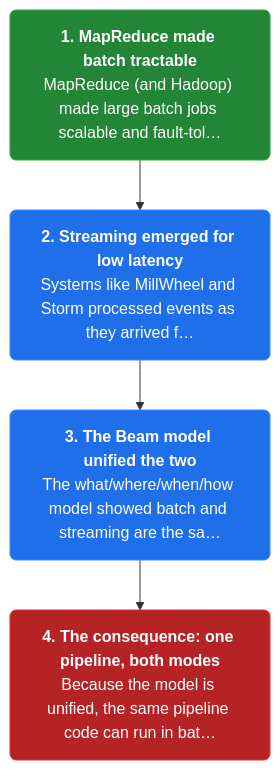
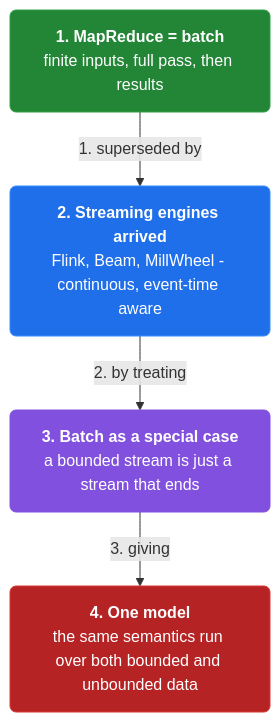
The first of 19 diagrams in docs/ch10-the-evolution-of-large-scale-data-processing.md (vinayakuber/streaming-systems-study-guide), drawn with Mermaid before and after one commit. The commit also changed other lines of this file and 12 other files, not shown here.

First line of the commit message:
Author per-section and per-card mermaid diagrams (110 diagrams)

````diff
--- a/docs/ch10-the-evolution-of-large-scale-data-processing.md
+++ b/docs/ch10-the-evolution-of-large-scale-data-processing.md
@@ -13,13 +13,15 @@
 ```mermaid
 flowchart TD
-  classDef step fill:#1f6feb,color:#ffffff,stroke:#388bfd,stroke-width:1px,rx:6
+  classDef step fill:#1f6feb,color:#ffffff,stroke:#388bfd,rx:6
+  classDef core fill:#8250df,color:#ffffff,stroke:#8250df,rx:6
+  classDef warn fill:#d29922,color:#ffffff,stroke:#d29922,rx:6
   classDef start fill:#238636,color:#ffffff,stroke:#2ea043,rx:6
   classDef stop fill:#b62324,color:#ffffff,stroke:#da3633,rx:6
-  s0n0["<b>1. MapReduce made batch tractable</b><br/>MapReduce (and Hadoop) made large batch jobs scalable and fault-tol…"]:::start
-  s0n1["<b>2. Streaming emerged for low latency</b><br/>Systems like MillWheel and Storm processed events as they arrived f…"]:::step
-  s0n2["<b>3. The Beam model unified the two</b><br/>The what/where/when/how model showed batch and streaming are the sa…"]:::step
-  s0n3["<b>4. The consequence: one pipeline, both modes</b><br/>Because the model is unified, the same pipeline code can run in bat…"]:::stop
-  s0n0 --> s0n1
-  s0n1 --> s0n2
-  s0n2 --> s0n3
+  n0["<b>1. MapReduce = batch</b><br/>finite inputs, full pass, then results"]:::start
+  n1["<b>2. Streaming engines arrived</b><br/>Flink, Beam, MillWheel - continuous, event-time aware"]:::step
+  n2["<b>3. Batch as a special case</b><br/>a bounded stream is just a stream that ends"]:::core
+  n3["<b>4. One model</b><br/>the same semantics run over both bounded and unbounded data"]:::stop
+  n0 -->|"1. superseded by"| n1
+  n1 -->|"2. by treating"| n2
+  n2 -->|"3. giving"| n3
 ```
````
